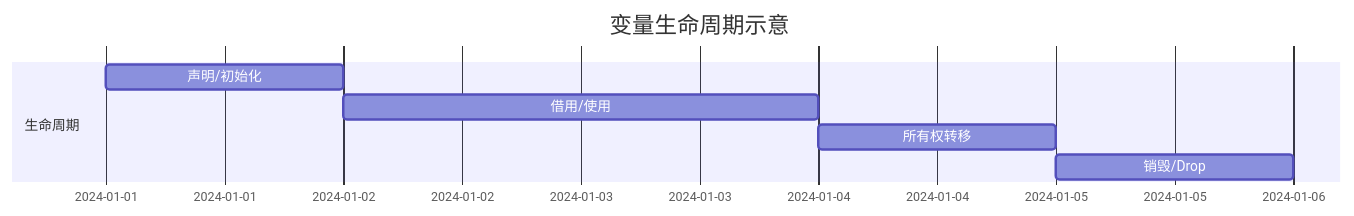
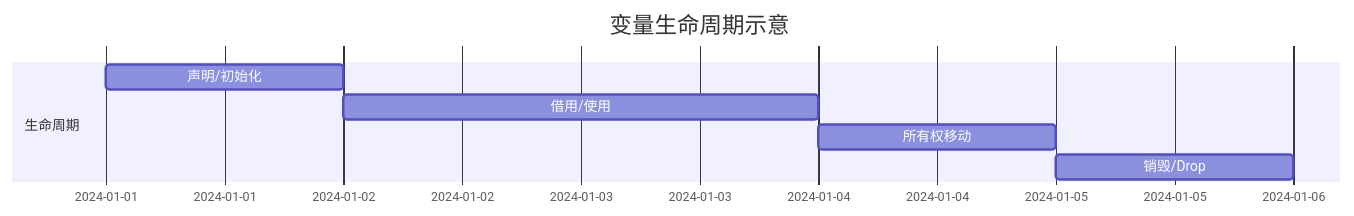
Before and after one commit to martin-ly/rust-lang: the third of 3 diagrams in formal_rust/language/01_ownership_borrowing/05_variable_analysis.md, drawn with Mermaid. The commit also changed other lines of this file and 5740 other files, not shown here.

````diff
--- a/formal_rust/language/01_ownership_borrowing/05_variable_analysis.md
+++ b/formal_rust/language/01_ownership_borrowing/05_variable_analysis.md
@@ -157,9 +157,9 @@
 ```mermaid
 gantt
 title 变量生命周期示意
     section 生命周期
     声明/初始化 :a1, 2024-01-01, 1d
     借用/使用   :a2, after a1, 2d
-    所有权转移 :a3, after a2, 1d
+    所有权移动 :a3, after a2, 1d
     销毁/Drop   :a4, after a3, 1d
 ```
````
